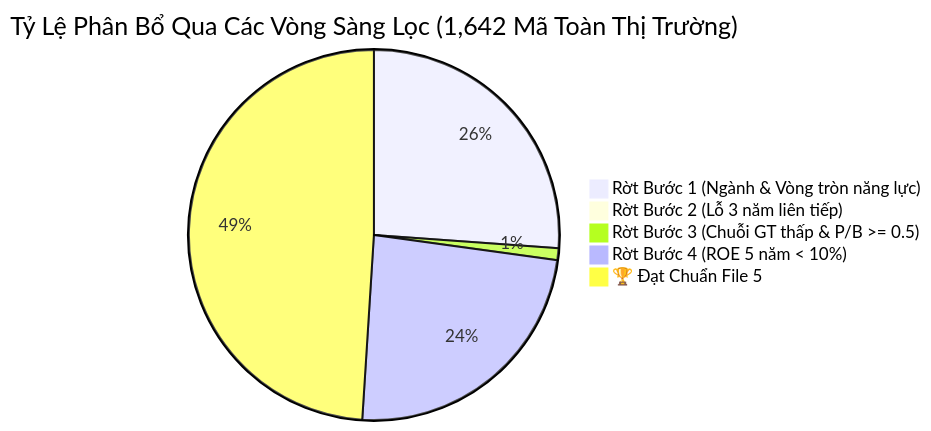
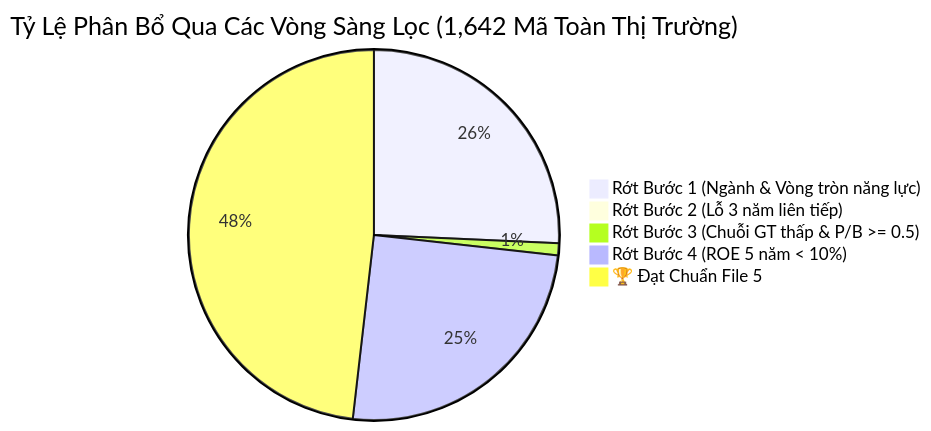
Before and after one commit to lenhan1102/pdf-analyzer: the diagram in screenings/screening_dashboard.md, drawn with Mermaid. The commit also changed other lines of this file and 14 other files, not shown here.

````diff
--- a/screenings/screening_dashboard.md
+++ b/screenings/screening_dashboard.md
@@ -9,8 +9,8 @@
 ```mermaid
 pie title Tỷ Lệ Phân Bổ Qua Các Vòng Sàng Lọc (1,642 Mã Toàn Thị Trường)
-    "Rờt Bước 1 (Ngành & Vòng tròn năng lực)" : 430
-    "Rờt Bước 2 (Lỗ 3 năm liên tiếp)" : 2
-    "Rờt Bước 3 (Chuỗi GT thấp & P/B >= 0.5)" : 17
-    "Rờt Bước 4 (ROE 5 năm < 10%)" : 392
-    "🏆 Đạt Chuẩn File 5" : 806
+    "Rớt Bước 1 (Ngành & Vòng tròn năng lực)" : 437
+    "Rớt Bước 2 (Lỗ 3 năm liên tiếp)" : 3
+    "Rớt Bước 3 (Chuỗi GT thấp & P/B >= 0.5)" : 18
+    "Rớt Bước 4 (ROE 5 năm < 10%)" : 426
+    "🏆 Đạt Chuẩn File 5" : 819
 ```
````
